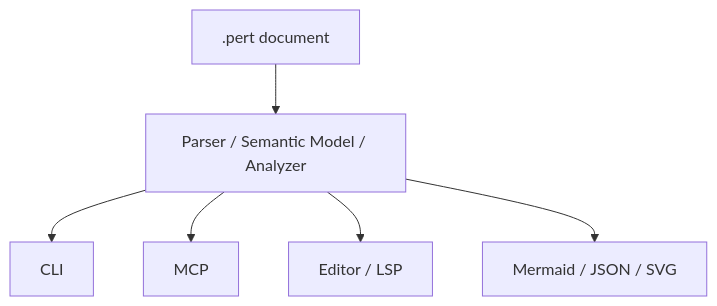
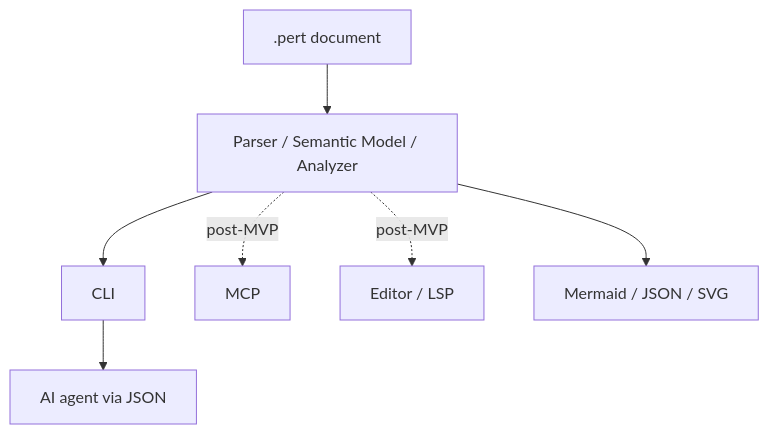
One commit to mako10k/perttool changed the second of 2 diagrams in docs/requirements.md. Above: the diagram before and after it, drawn with Mermaid. The commit also changed other lines of this file and 7 other files, not shown here.

Commit message:
Prioritize CLI interface for MVP

````diff
--- a/docs/requirements.md
+++ b/docs/requirements.md
@@ -755,8 +757,9 @@
 ```mermaid
 flowchart TD
   DOC[.pert document] --> CORE[Parser / Semantic Model / Analyzer]
   CORE --> CLI[CLI]
-  CORE --> MCP[MCP]
-  CORE --> EDITOR[Editor / LSP]
+  CLI --> AI[AI agent via JSON]
+  CORE -. post-MVP .-> MCP[MCP]
+  CORE -. post-MVP .-> EDITOR[Editor / LSP]
   CORE --> CONVERT[Mermaid / JSON / SVG]
 ```
````
